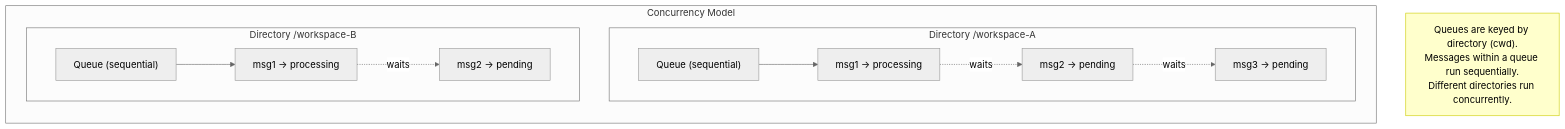
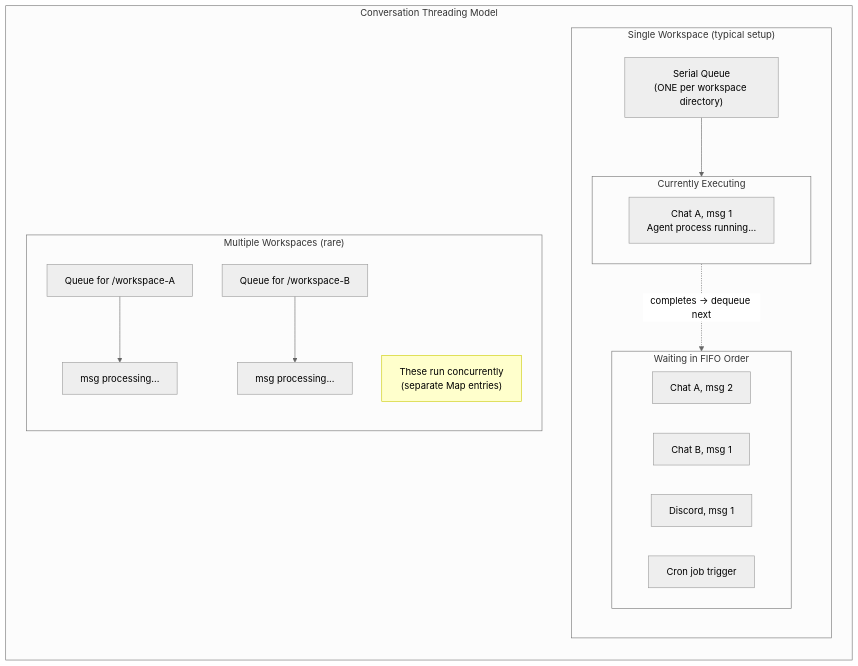
One commit to tbuckley/clawmini changed the second of 5 diagrams in docs/architecture.md. Above: the diagram before and after it, drawn with Mermaid (neutral theme). The commit also changed other lines of this file, not shown here.

First line of the commit message:
Update architecture doc with detailed harness and threading analysis

````diff
--- a/docs/architecture.md
+++ b/docs/architecture.md
@@ -116,28 +130,39 @@
 ```mermaid
 graph TB
-    subgraph ConcurrencyModel["Concurrency Model"]
+    subgraph ConcurrencyModel["Conversation Threading Model"]
         direction TB
 
-        subgraph Dir1["Directory /workspace-A"]
-            Q1["Queue (sequential)"]
-            Q1_M1["msg1 → processing"]
-            Q1_M2["msg2 → pending"]
-            Q1_M3["msg3 → pending"]
-            Q1 --> Q1_M1
-            Q1_M1 -.->|waits| Q1_M2
-            Q1_M2 -.->|waits| Q1_M3
+        subgraph SingleWorkspace["Single Workspace (typical setup)"]
+            direction TB
+            Q["Serial Queue<br/>(ONE per workspace directory)"]
+
+            subgraph Running["Currently Executing"]
+                T1["Chat A, msg 1<br/>Agent process running..."]
+            end
+
+            subgraph Pending["Waiting in FIFO Order"]
+                T2["Chat A, msg 2"]
+                T3["Chat B, msg 1"]
+                T4["Discord, msg 1"]
+                T5["Cron job trigger"]
+            end
+
+            Q --> Running
+            Running -.->|"completes → dequeue next"| Pending
         end
 
-        subgraph Dir2["Directory /workspace-B"]
-            Q2["Queue (sequential)"]
-            Q2_M1["msg1 → processing"]
-            Q2_M2["msg2 → pending"]
-            Q2 --> Q2_M1
-            Q2_M1 -.->|waits| Q2_M2
+        subgraph MultiWorkspace["Multiple Workspaces (rare)"]
+            direction TB
+            QA["Queue for /workspace-A"]
+            QB["Queue for /workspace-B"]
+            QA_T["msg processing..."]
+            QB_T["msg processing..."]
+            QA --> QA_T
+            QB --> QB_T
+
+            NOTE2["These run concurrently<br/>(separate Map entries)"]
         end
     end
 
-    NOTE["Queues are keyed by directory (cwd).<br/>Messages within a queue run sequentially.<br/>Different directories run concurrently."]
-
-    style NOTE fill:#ffffcc,stroke:#cccc00
+    style NOTE2 fill:#ffffcc,stroke:#cccc00
 ```
````
